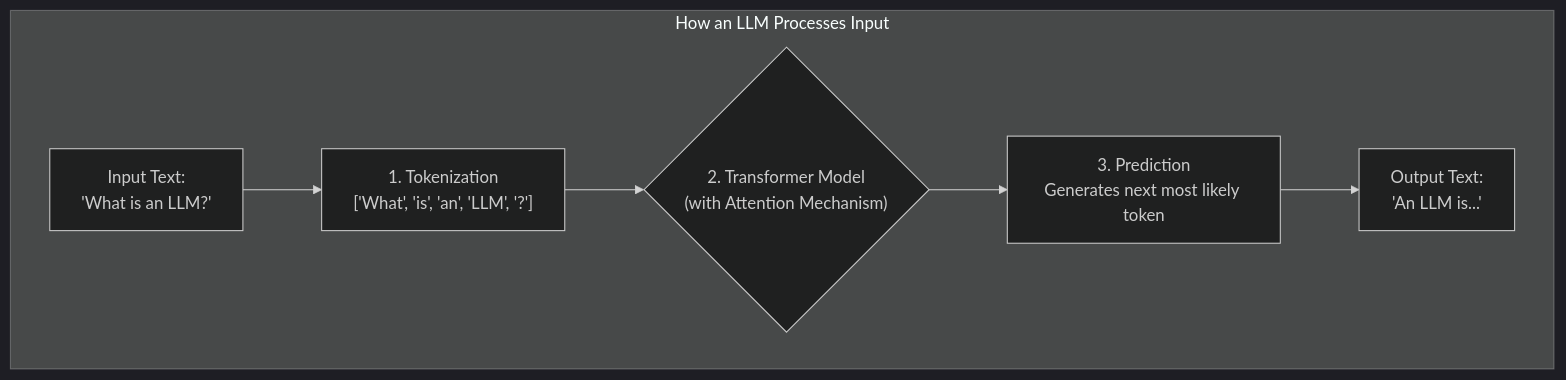
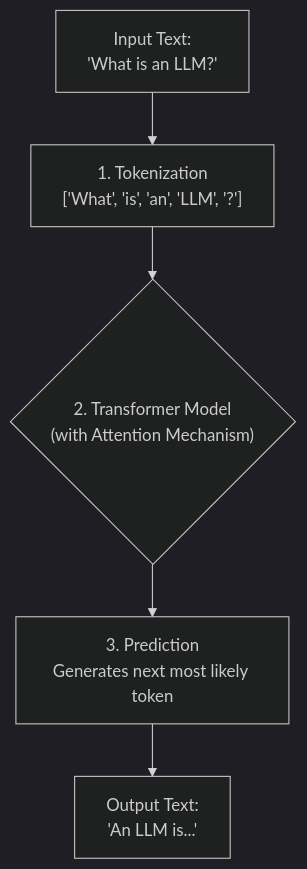
The first of 2 diagrams in _posts/2025-08-07-llm-guide-for-beginners.md (eltay89/eltay89.github.io), drawn with Mermaid (dark theme) before and after one commit. The commit also changed other lines of this file, not shown here.

````diff
--- a/_posts/2025-08-07-llm-guide-for-beginners.md
+++ b/_posts/2025-08-07-llm-guide-for-beginners.md
@@ -120,9 +119,7 @@
 ```mermaid
 graph TD
-    subgraph "How an LLM Processes Input"
-        A["Input Text:<br>'What is an LLM?'"] --> B["1. Tokenization<br>['What', 'is', 'an', 'LLM', '?']"]
-        B --> C{"2. Transformer Model<br>(with Attention Mechanism)"}
-        C --> D["3. Prediction<br>Generates next most likely token"]
-        D --> E["Output Text:<br>'An LLM is...'"]
-    end
+    A["Input Text:<br>'What is an LLM?'"] --> B["1. Tokenization<br>['What', 'is', 'an', 'LLM', '?']"]
+    B --> C{"2. Transformer Model<br>(with Attention Mechanism)"}
+    C --> D["3. Prediction<br>Generates next most likely token"]
+    D --> E["Output Text:<br>'An LLM is...'"]
 ```
````
